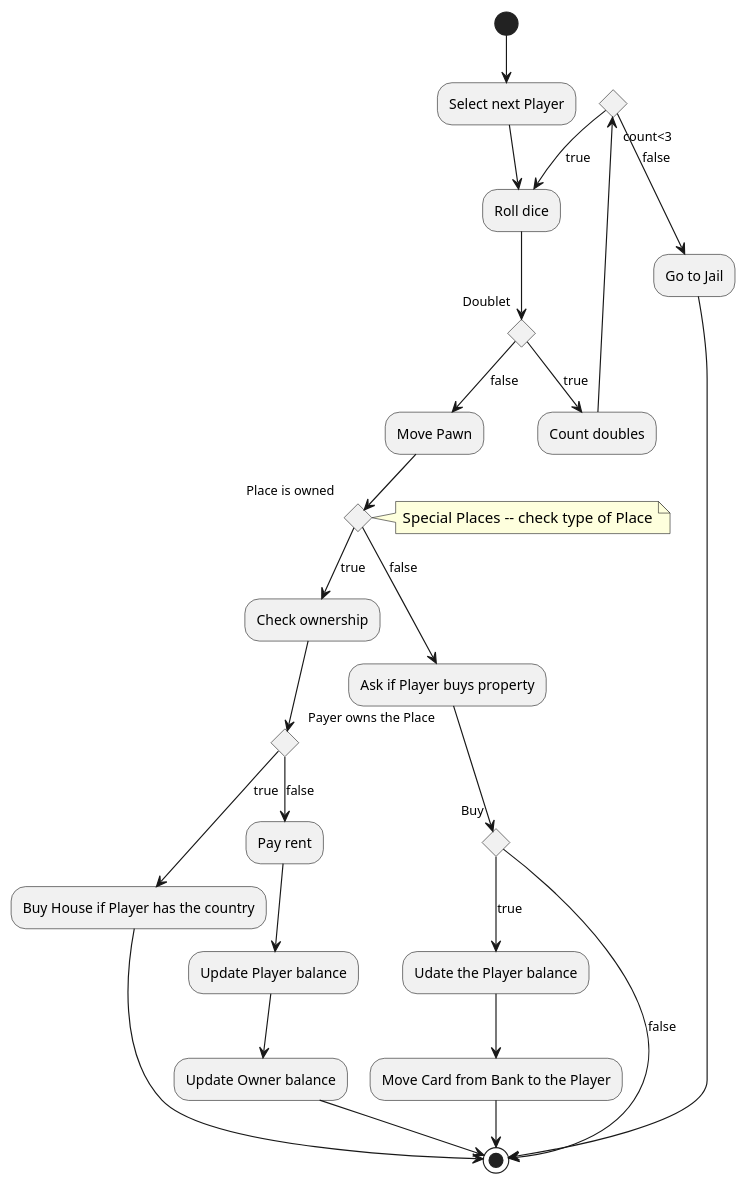
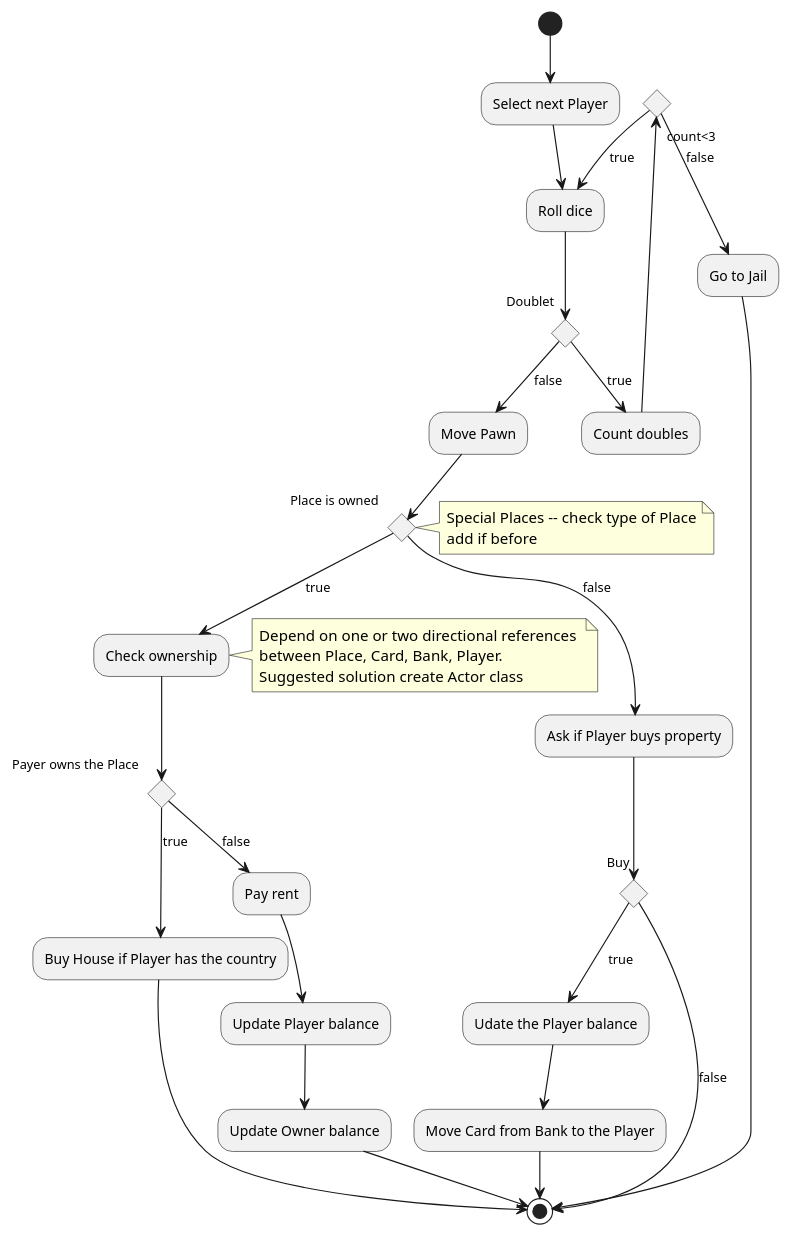
Before and after one commit to kpodlaski/ProjObj2019: the diagram in zaoczne/gr2/monopoly/activity_diagram_move.plantuml, drawn with PlantUML. The commit also changed 2 other files, not shown here.

```diff
--- a/zaoczne/gr2/monopoly/activity_diagram_move.plantuml
+++ b/zaoczne/gr2/monopoly/activity_diagram_move.plantuml
@@ -1,38 +1,44 @@
 @startuml
 
 (*) --> "Select next Player"
 --> "Roll dice"
 if "Doublet" then 
     --> [true] "Count doubles" 
     else 
     --> [false] "Move Pawn"
 if "Place is owned" then 
 note left
     Special Places -- check type of Place
-endnote
---> [true] "Check ownership"
+    add if before
+end note
+--> [true] "Check ownership" 
+note left
+    Depend on one or two directional references 
+    between Place, Card, Bank, Player.
+    Suggested solution create Actor class
+end note
 else 
 --> [false] "Ask if Player buys property"
 if "Buy" then 
 --> [false] (*)
 else 
 --> [true] "Udate the Player balance"
 --> "Move Card from Bank to the Player"
 --> (*)
 
 "Check ownership" --> if "Payer owns the Place"
 --> [true] "Buy House if Player has the country" as buy
 else 
 --> [false] "Pay rent"
 --> "Update Player balance"
 --> "Update Owner balance"
 -->(*)
 
 "Count doubles" --> if "count<3" then
 --> [true] "Roll dice"
 else 
 -->[false] "Go to Jail"
 -->(*)
 
 buy -->(*)
 @enduml
```
